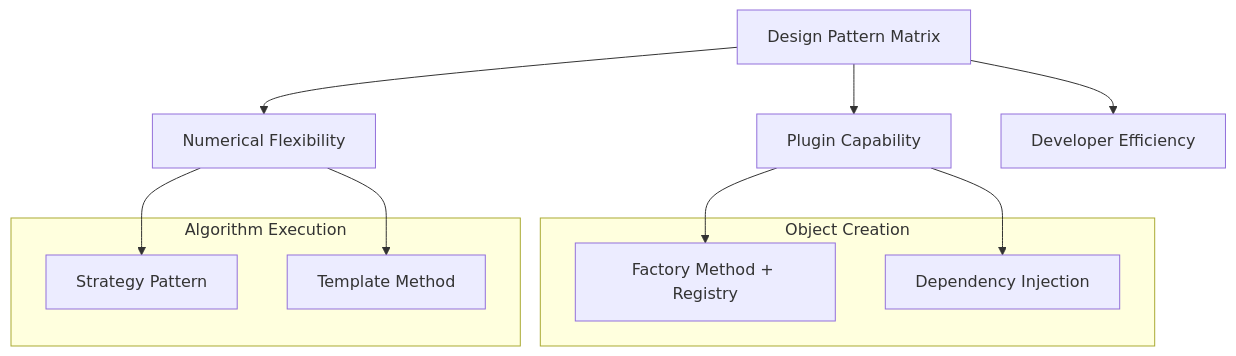
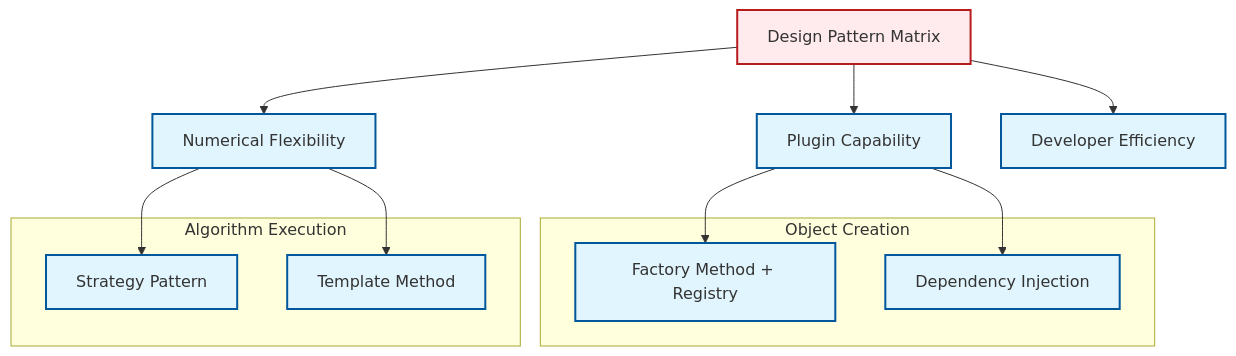
The diagram in MODULE_09_ADVANCED_TOPICS/CONTENT/06_ARCHITECTURE_EXTENSIBILITY/05_Design_Patterns.md (wramet/build-my-cfd), drawn with Mermaid before and after one commit. The commit also changed 313 other files, not shown here.

Commit message:
Revise all diagram

````diff
--- a/MODULE_09_ADVANCED_TOPICS/CONTENT/06_ARCHITECTURE_EXTENSIBILITY/05_Design_Patterns.md
+++ b/MODULE_09_ADVANCED_TOPICS/CONTENT/06_ARCHITECTURE_EXTENSIBILITY/05_Design_Patterns.md
@@ -411,22 +411,20 @@
 ```mermaid
 graph TD
-    A[Design Pattern Matrix] --> B[Plugin Capability]
-    A --> C[Numerical Flexibility]
-    A --> D[Developer Efficiency]
-
-    B --> B1[Factory Method + Registry]
-    B --> B2[Dependency Injection]
-
-    C --> C1[Strategy Pattern]
-    C --> C2[Template Method]
-
-    subgraph "Object Creation"
-    B1
-    B2
-    end
-
-    subgraph "Algorithm Execution"
-    C1
-    C2
-    end
+classDef implicit fill:#e1f5fe,stroke:#01579b,stroke-width:2px
+classDef explicit fill:#ffebee,stroke:#b71c1c,stroke-width:2px
+A[Design Pattern Matrix]:::explicit --> B[Plugin Capability]:::implicit
+A --> C[Numerical Flexibility]:::implicit
+A --> D[Developer Efficiency]:::implicit
+B --> B1[Factory Method + Registry]:::implicit
+B --> B2[Dependency Injection]:::implicit
+C --> C1[Strategy Pattern]:::implicit
+C --> C2[Template Method]:::implicit
+subgraph "Object Creation"
+B1
+B2
+end
+subgraph "Algorithm Execution"
+C1
+C2
+end
 ```
````
